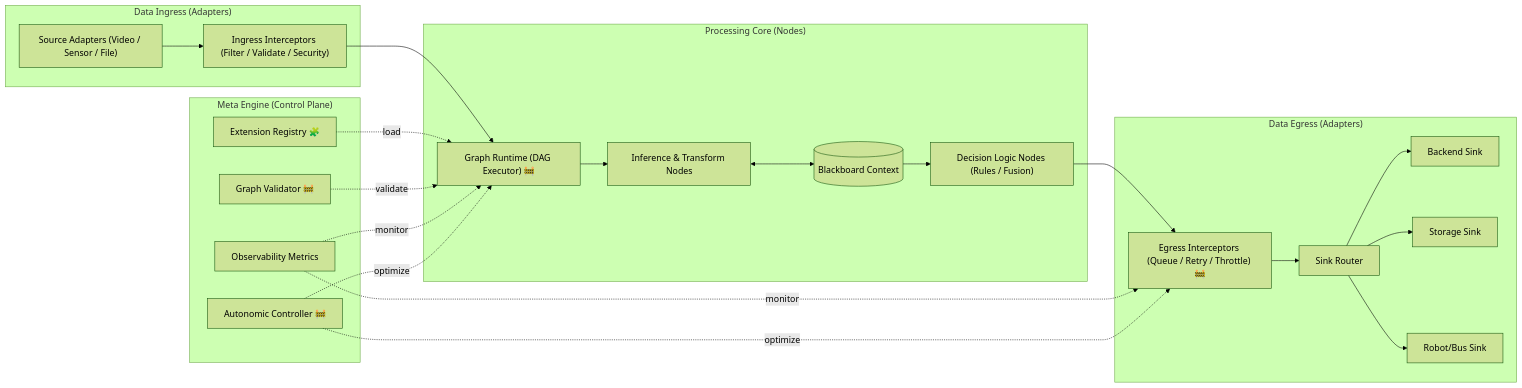
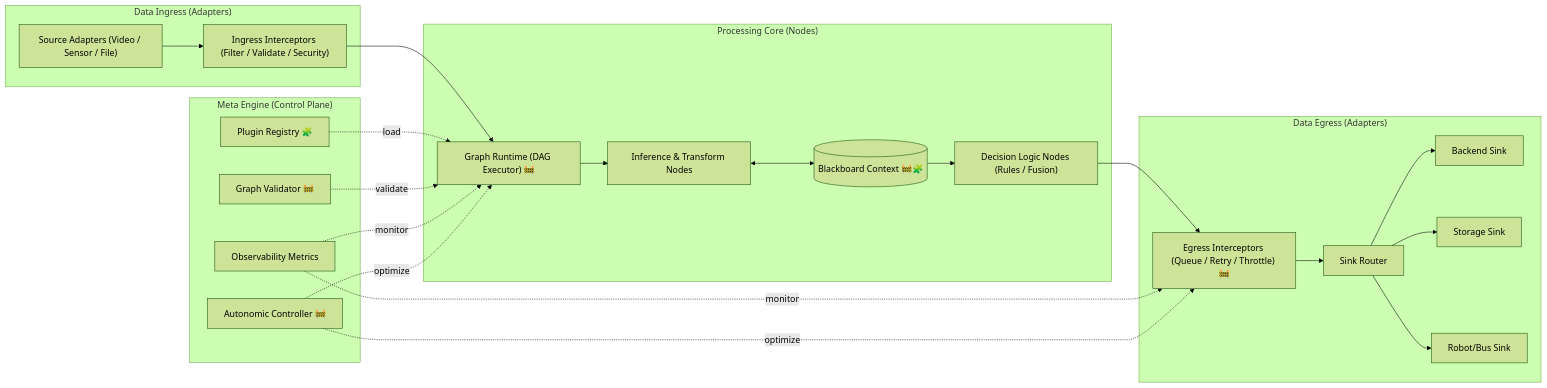
The first of 2 diagrams in docs/roadmap/strategic_roadmap.md (KyunghoCha/schnitzel-stream-platform), drawn with Mermaid (forest theme) before and after one commit. The commit also changed other lines of this file, not shown here.

Commit message:
docs: refine strategic roadmap mermaid (node categories)

````diff
--- a/docs/roadmap/strategic_roadmap.md
+++ b/docs/roadmap/strategic_roadmap.md
@@ -36,47 +36,47 @@
 ```mermaid
 graph LR
     subgraph Ingress ["Data Ingress (Adapters)"]
         S["Source Adapters (Video / Sensor / File)"]
         I["Ingress Interceptors (Filter / Validate / Security)"]
     end
 
     subgraph Core ["Processing Core (Nodes)"]
         G["Graph Runtime (DAG Executor) 🚧"]
         P["Inference & Transform Nodes"]
-        B[("Blackboard Context")]
+        B[(Blackboard Context 🚧🧩)]
         L["Decision Logic Nodes (Rules / Fusion)"]
     end
 
     subgraph Egress ["Data Egress (Adapters)"]
         O["Egress Interceptors (Queue / Retry / Throttle) 🚧"]
         R["Sink Router"]
         D1["Backend Sink"]
         D2["Storage Sink"]
         D3["Robot/Bus Sink"]
     end
 
     subgraph Meta ["Meta Engine (Control Plane)"]
-        M0["Extension Registry 🧩"]
+        M0["Plugin Registry 🧩"]
         M1["Graph Validator 🚧"]
         M2["Observability Metrics"]
         M3["Autonomic Controller 🚧"]
     end
 
     S --> I
     I --> G
     G --> P
     P <--> B
     B --> L
     L --> O
     O --> R
     R --> D1
     R --> D2
     R --> D3
 
     M0 -. load .-> G
     M1 -. validate .-> G
     M2 -. monitor .-> G
     M2 -. monitor .-> O
     M3 -. optimize .-> G
     M3 -. optimize .-> O
 ```
````
